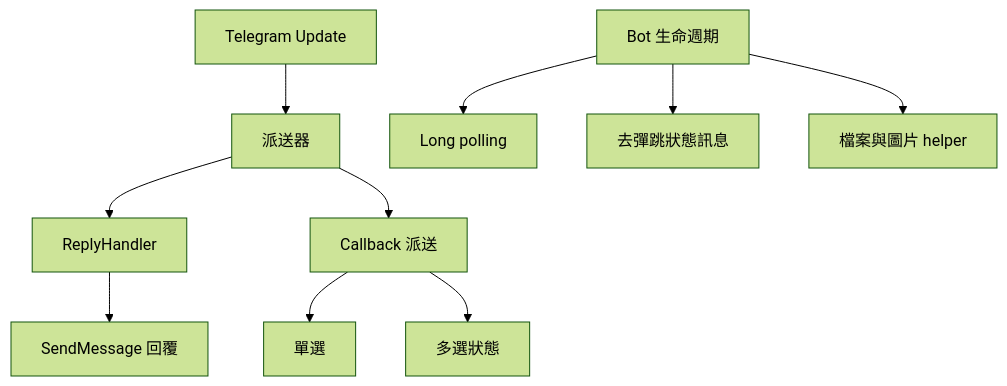
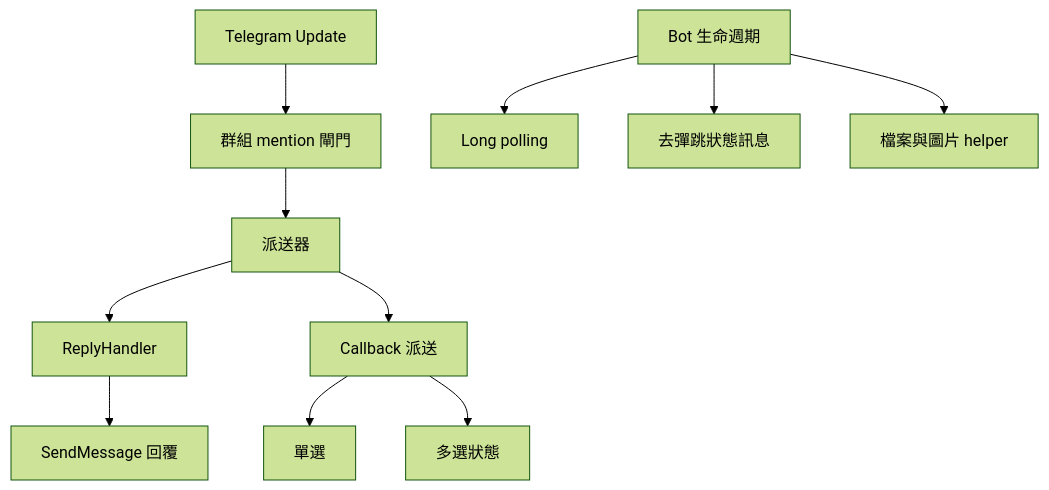
The second of 7 diagrams in doc/architecture.zh.md (pardnchiu/go-bot), drawn with Mermaid (forest theme) before and after one commit. The commit also changed other lines of this file and 32 other files, not shown here.

````diff
--- a/doc/architecture.zh.md
+++ b/doc/architecture.zh.md
@@ -25,12 +29,13 @@
 ```mermaid
 graph TB
-    Update[Telegram Update] --> Dispatch[派送器]
+    Update[Telegram Update] --> Gate[群組 mention 閘門]
+    Gate --> Dispatch[派送器]
     Dispatch --> Handler[ReplyHandler]
     Handler --> Reply[SendMessage 回覆]
     Dispatch --> Callback[Callback 派送]
     Callback --> Single[單選]
     Callback --> Multi[多選狀態]
     Bot[Bot 生命週期] --> Poll[Long polling]
     Bot --> Status[去彈跳狀態訊息]
     Bot --> Media[檔案與圖片 helper]
 ```
````
